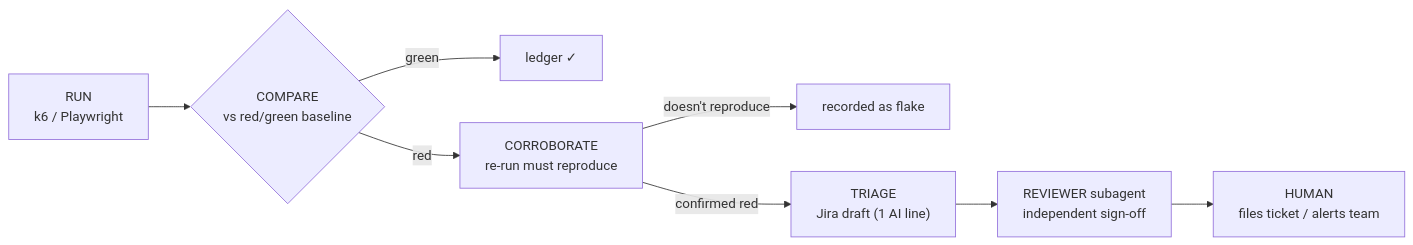
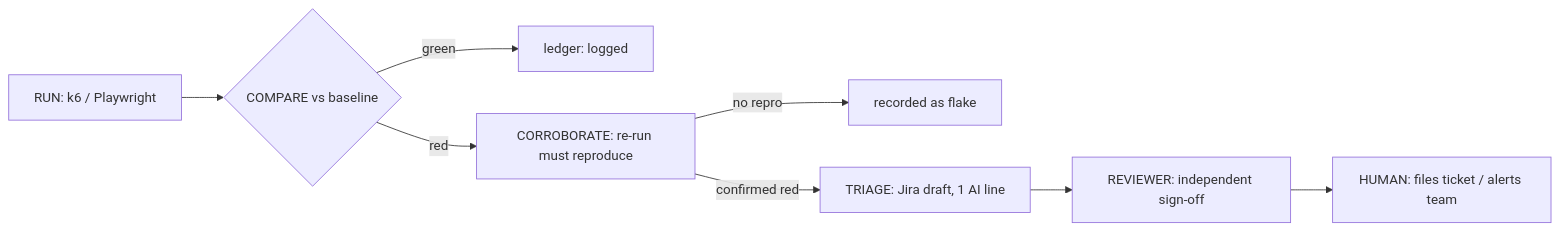
Before and after one commit to kvantatech/RedLine: the diagram in README.md, drawn with Mermaid.

Commit message:
docs: fix Mermaid diagram so it renders on GitHub

````diff
--- a/README.md
+++ b/README.md
@@ -56,10 +56,10 @@
 ```mermaid
 flowchart LR
-    A["RUN<br/>k6 / Playwright"] --> B{"COMPARE<br/>vs red/green baseline"}
-    B -->|green| L["ledger ✓"]
-    B -->|red| C["CORROBORATE<br/>re-run must reproduce"]
-    C -->|"doesn't reproduce"| F["recorded as flake"]
-    C -->|confirmed red| D["TRIAGE<br/>Jira draft (1 AI line)"]
-    D --> E["REVIEWER subagent<br/>independent sign-off"]
-    E --> H["HUMAN<br/>files ticket / alerts team"]
+    A["RUN: k6 / Playwright"] --> B{"COMPARE vs baseline"}
+    B -->|green| L["ledger: logged"]
+    B -->|red| C["CORROBORATE: re-run must reproduce"]
+    C -->|no repro| F["recorded as flake"]
+    C -->|confirmed red| D["TRIAGE: Jira draft, 1 AI line"]
+    D --> E["REVIEWER: independent sign-off"]
+    E --> H["HUMAN: files ticket / alerts team"]
 ```
````
